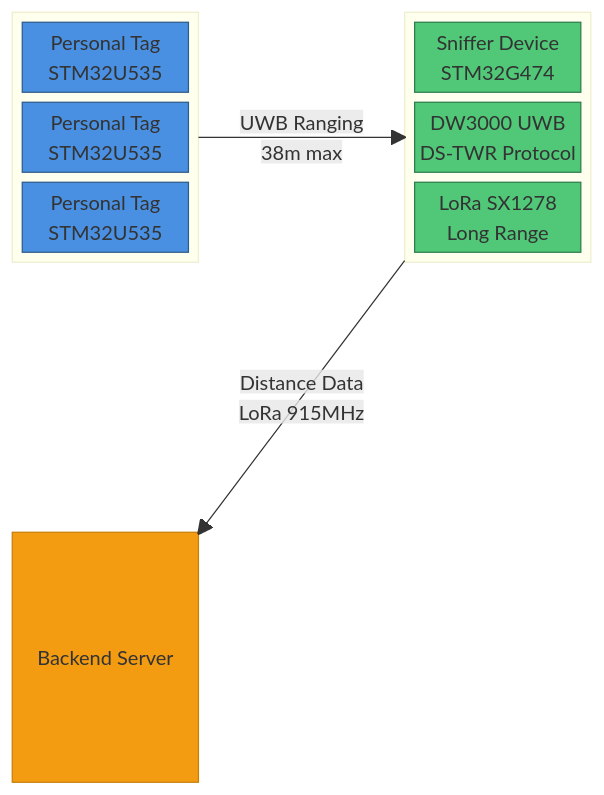
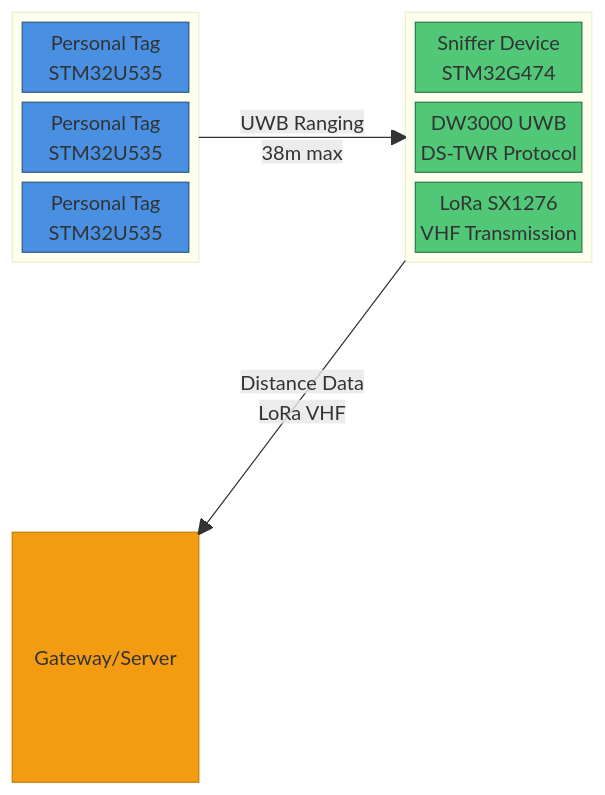
The diagram in README.md (uqomm/fw-SmartTag), drawn with Mermaid before and after one commit. The commit also changed other lines of this file, not shown here.

First line of the commit message:
docs: Update README with correct LoRa module and VHF communication

````diff
--- a/README.md
+++ b/README.md
@@ -7,32 +7,32 @@
 ```mermaid
 block-beta
   columns 3
   
   block:Tags:1
     columns 1
     Tag1["Personal Tag<br/>STM32U535"]
     Tag2["Personal Tag<br/>STM32U535"]
     TagN["Personal Tag<br/>STM32U535"]
   end
   
   space
   
   block:Sniffer:1
     columns 1
     SnifferDev["Sniffer Device<br/>STM32G474"]
     UWB["DW3000 UWB<br/>DS-TWR Protocol"]
-    LoRaModule["LoRa SX1278<br/>Long Range"]
+    LoRaModule["LoRa SX1276<br/>VHF Transmission"]
   end
   
   Tags--"UWB Ranging<br/>38m max"-->Sniffer
   space:3
-  Sniffer--"Distance Data<br/>LoRa 915MHz"-->Server["Backend Server"]
+  Sniffer--"Distance Data<br/>LoRa VHF"-->Server["Gateway/Server"]
   
   classDef tag fill:#4A90E2,stroke:#2E5C8A,color:#fff
   classDef sniffer fill:#50C878,stroke:#2E7D4E,color:#fff
   classDef server fill:#F39C12,stroke:#C87F0A,color:#fff
   
   class Tag1,Tag2,TagN tag
   class SnifferDev,UWB,LoRaModule sniffer
   class Server server
 ```
````
